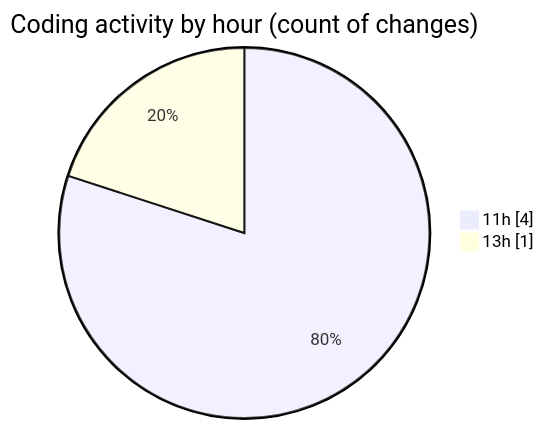
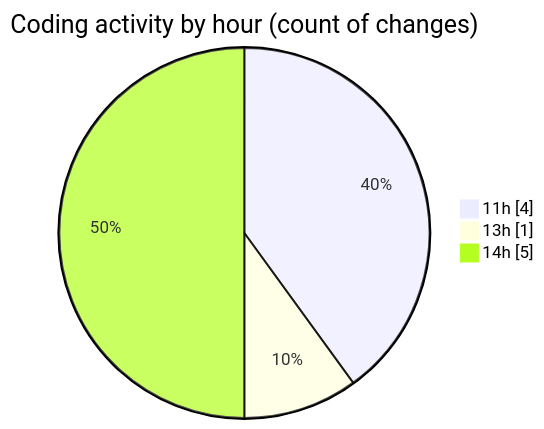
The second of 2 diagrams in 2025-09-30/untitled__workspace_/README.md (debugP/code-tracking), drawn with Mermaid before and after one commit. The commit also changed other lines of this file and 1 other file, not shown here.

````diff
--- a/2025-09-30/untitled__workspace_/README.md
+++ b/2025-09-30/untitled__workspace_/README.md
@@ -30,6 +30,7 @@
 ```mermaid
 pie showData
 title Coding activity by hour (count of changes)
 "11h" : 4
 "13h" : 1
+"14h" : 5
 ```
````
